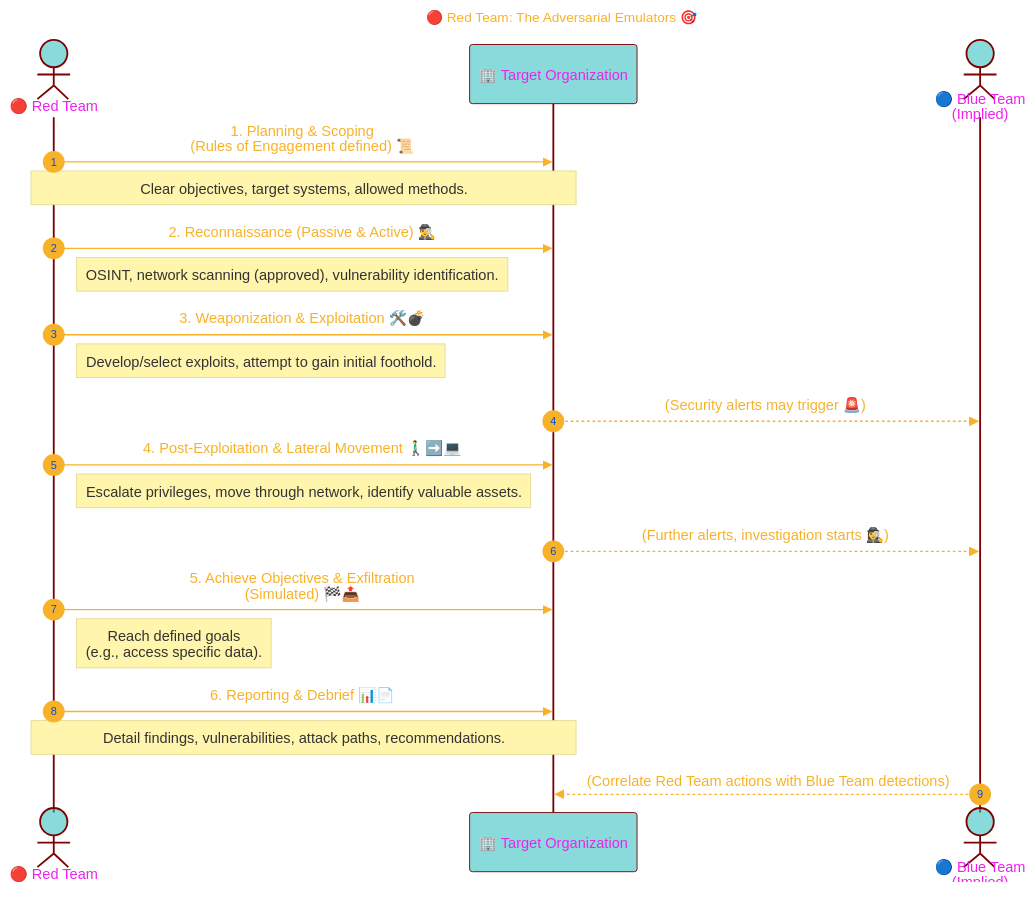
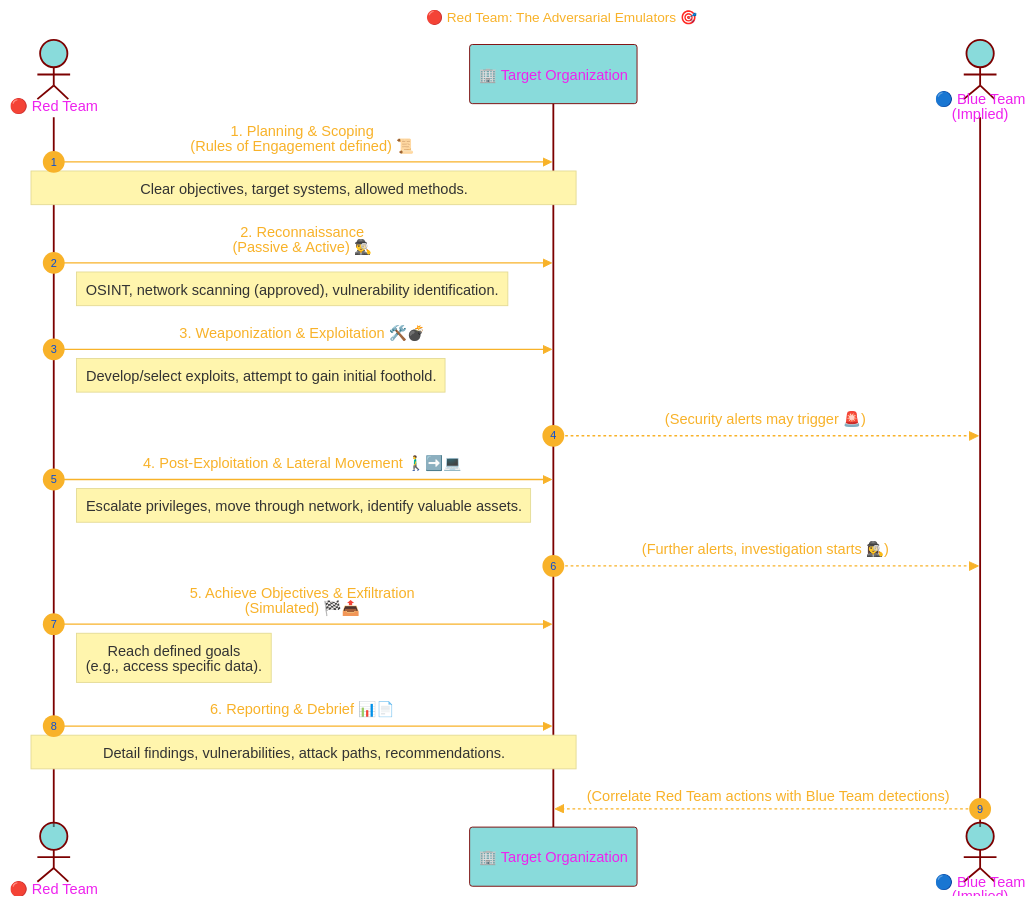
Before and after one commit to CongLeSolutionX/EthicaLumin: the second of 5 diagrams in Types_of_Hacking/Red_Blue_and_Purple_Teams.md, drawn with Mermaid.

````diff
--- a/Types_of_Hacking/Red_Blue_and_Purple_Teams.md
+++ b/Types_of_Hacking/Red_Blue_and_Purple_Teams.md
@@ -146,57 +146,57 @@
 ```mermaid
 ---
 title: "🔴 Red Team: The Adversarial Emulators 🎯"
 author: "Cong Le"
 version: "0.1"
 license(s): "MIT, CC BY 4.0"
 copyright: "Copyright (c) 2025 Cong Le. All Rights Reserved."
 config:
   layout: elk
   theme: base
 ---
 %%%%%%%% Mermaid version v11.4.1-b.14
 %%{
   init: {
     'sequence': { 'mirrorActors': true, 'showSequenceNumbers': true, 'actorMargin': 50 },
     'fontFamily': 'Monaco',
     'logLevel': 'fatal',
     'themeVariables': {
       'primaryColor': '#2BB8',
       'primaryBorderColor': '#7C0000',
       'lineColor': '#F8B229',
       'secondaryColor': '#6122',
       'tertiaryColor': '#fff',
       'fontSize': '15px',
       'textColor': '#F8B229',
       'actorTextColor': '#E2E',
       'stroke':'#033',
       'stroke-width': '0.2px'
     }
   }
 }%%
 sequenceDiagram
     actor RT as 🔴 Red Team
     participant Org as 🏢 Target Organization
     actor BT as 🔵 Blue Team <br/>(Implied)
 
     RT->>Org: 1. Planning & Scoping <br/>(Rules of Engagement defined) 📜
     Note over RT,Org: Clear objectives, target systems, allowed methods.
 
-    RT->>Org: 2. Reconnaissance (Passive & Active) 🕵️‍♂️
+    RT->>Org: 2. Reconnaissance<br/>(Passive & Active) 🕵️‍♂️
     Note right of RT: OSINT, network scanning (approved), vulnerability identification.
 
     RT->>Org: 3. Weaponization & Exploitation 🛠️💣
     Note right of RT: Develop/select exploits, attempt to gain initial foothold.
     Org-->>BT: (Security alerts may trigger 🚨)
 
     RT->>Org: 4. Post-Exploitation & Lateral Movement 🚶‍♂️➡️💻
     Note right of RT: Escalate privileges, move through network, identify valuable assets.
     Org-->>BT: (Further alerts, investigation starts 🕵️‍♀️)
 
     RT->>Org: 5. Achieve Objectives & Exfiltration <br/>(Simulated) 🏁📤
     Note right of RT: Reach defined goals <br/>(e.g., access specific data).
 
     RT->>Org: 6. Reporting & Debrief 📊📄
     Note over RT,Org: Detail findings, vulnerabilities, attack paths, recommendations.
     BT-->>Org: (Correlate Red Team actions with Blue Team detections)
 ```
````
